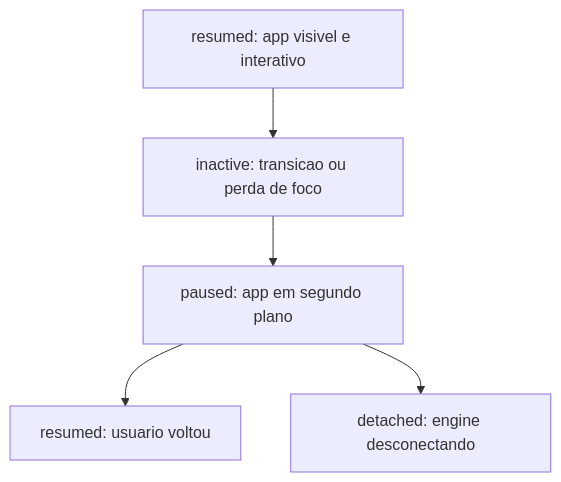
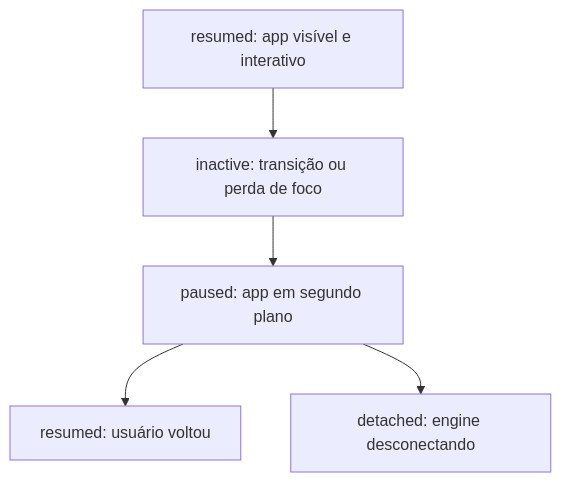
Before and after one commit to prof-gustavo-villalta/self: the seventh of 17 diagrams in courses/2026-1-DS-Prog-Aplicativos-Mobile-II-Novotec-Noturno/aulas/aula-11.md, drawn with Mermaid. The commit also changed other lines of this file and 6 other files, not shown here.

````diff
--- a/courses/2026-1-DS-Prog-Aplicativos-Mobile-II-Novotec-Noturno/aulas/aula-11.md
+++ b/courses/2026-1-DS-Prog-Aplicativos-Mobile-II-Novotec-Noturno/aulas/aula-11.md
@@ -246,7 +246,7 @@
 ```mermaid
 flowchart TD
-    A[resumed: app visivel e interativo] --> B[inactive: transicao ou perda de foco]
+    A[resumed: app visível e interativo] --> B[inactive: transição ou perda de foco]
     B --> C[paused: app em segundo plano]
-    C --> D[resumed: usuario voltou]
+    C --> D[resumed: usuário voltou]
     C --> E[detached: engine desconectando]
 ```
````
